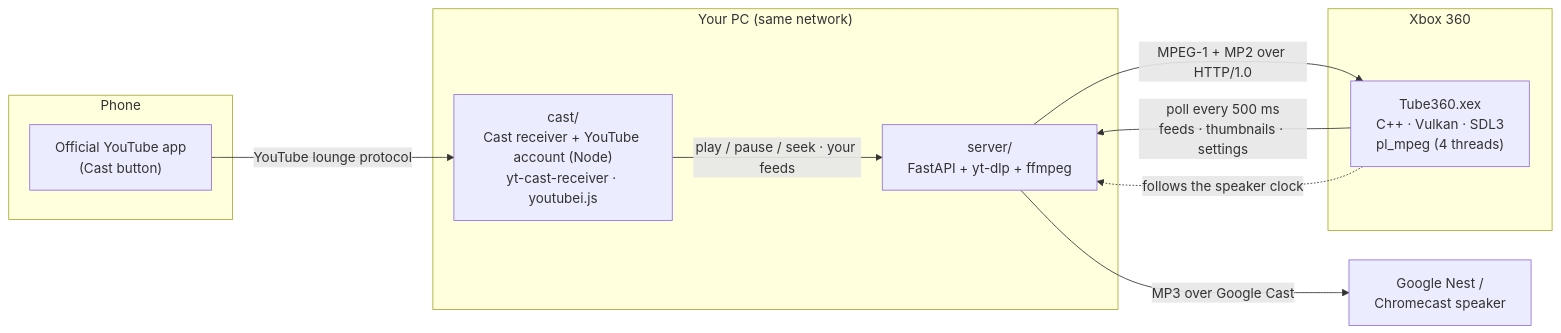
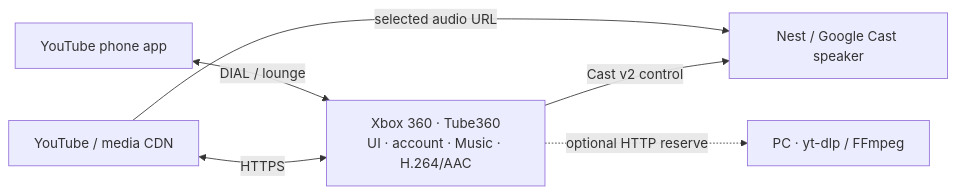
Before and after one commit to PedroHenrique0713/tube360: the diagram in README.md, drawn with Mermaid. The commit also changed other lines of this file and 10 other files, not shown here.

````diff
--- a/README.md
+++ b/README.md
@@ -62,21 +61,8 @@
 ```mermaid
 flowchart LR
-    subgraph Phone
-        YT["Official YouTube app<br/>(Cast button)"]
-    end
-    subgraph PC["Your PC (same network)"]
-        CAST["cast/<br/>Cast receiver + YouTube account (Node)<br/>yt-cast-receiver · youtubei.js"]
-        SRV["server/<br/>FastAPI + yt-dlp + ffmpeg"]
-    end
-    subgraph X360["Xbox 360"]
-        APP["Tube360.xex<br/>C++ · Vulkan · SDL3<br/>pl_mpeg (4 threads)"]
-    end
-    NEST["Google Nest /<br/>Chromecast speaker"]
-
-    YT -- "YouTube lounge protocol" --> CAST
-    CAST -- "play / pause / seek · your feeds" --> SRV
-    APP -- "poll every 500 ms<br/>feeds · thumbnails · settings" --> SRV
-    SRV -- "MPEG-1 + MP2 over HTTP/1.0" --> APP
-    SRV -- "MP3 over Google Cast" --> NEST
-    APP -. "follows the speaker clock" .-> SRV
+    YT["YouTube / media CDN"] <-->|HTTPS| X["Xbox 360 · Tube360<br/>UI · account · Music · H.264/AAC"]
+    P["YouTube phone app"] <-->|DIAL / lounge| X
+    X -->|Cast v2 control| N["Nest / Google Cast speaker"]
+    YT -->|selected audio URL| N
+    X -. optional HTTP reserve .-> S["PC · yt-dlp / FFmpeg"]
 ```
````
